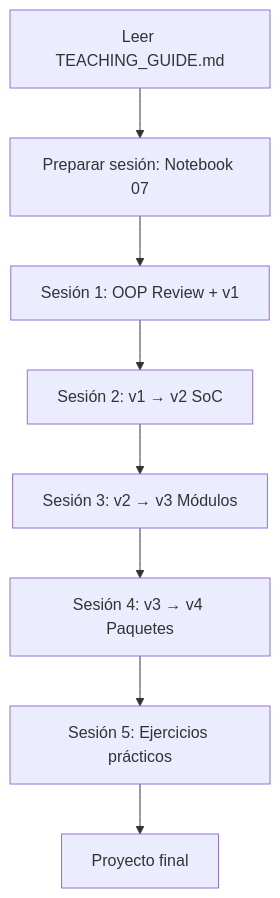
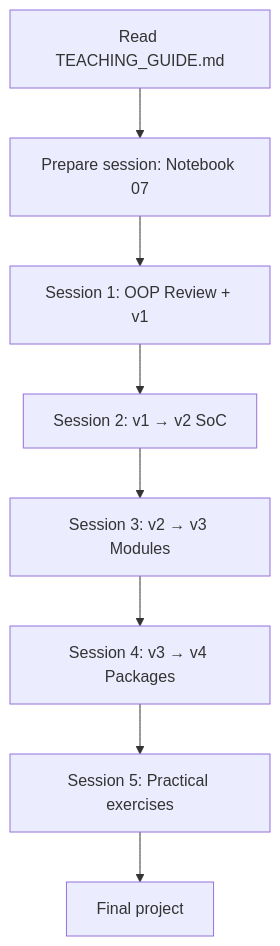
Before and after one commit to avidaldo/CSPy: the second of 2 diagrams in code/code-examples/bank_evolution/INDEX.md, drawn with Mermaid. The commit also changed other lines of this file and 13 other files, not shown here.

````diff
--- a/code/code-examples/bank_evolution/INDEX.md
+++ b/code/code-examples/bank_evolution/INDEX.md
@@ -74,10 +74,10 @@
 ```mermaid
 graph TD
-    A[Leer TEACHING_GUIDE.md] --> B[Preparar sesión: Notebook 07]
-    B --> C[Sesión 1: OOP Review + v1]
-    C --> D[Sesión 2: v1 → v2 SoC]
-    D --> E[Sesión 3: v2 → v3 Módulos]
-    E --> F[Sesión 4: v3 → v4 Paquetes]
-    F --> G[Sesión 5: Ejercicios prácticos]
-    G --> H[Proyecto final]
+    A[Read TEACHING_GUIDE.md] --> B[Prepare session: Notebook 07]
+    B --> C[Session 1: OOP Review + v1]
+    C --> D[Session 2: v1 → v2 SoC]
+    D --> E[Session 3: v2 → v3 Modules]
+    E --> F[Session 4: v3 → v4 Packages]
+    F --> G[Session 5: Practical exercises]
+    G --> H[Final project]
 ```
````
